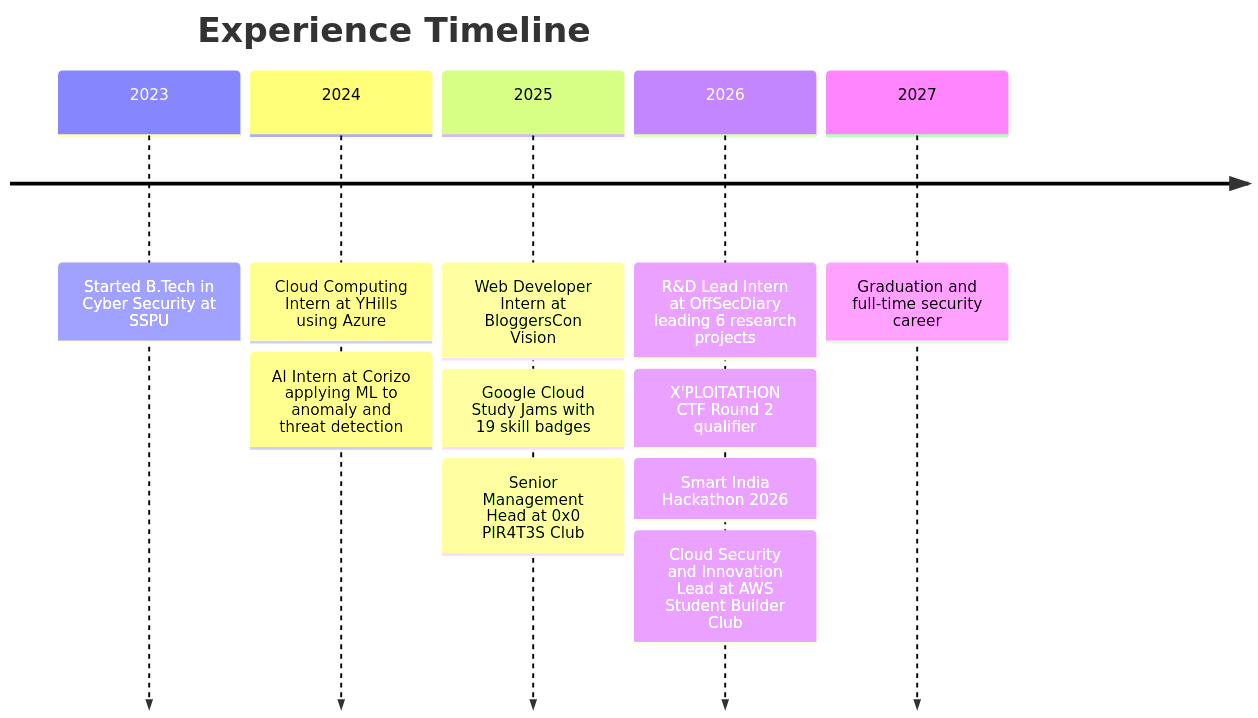
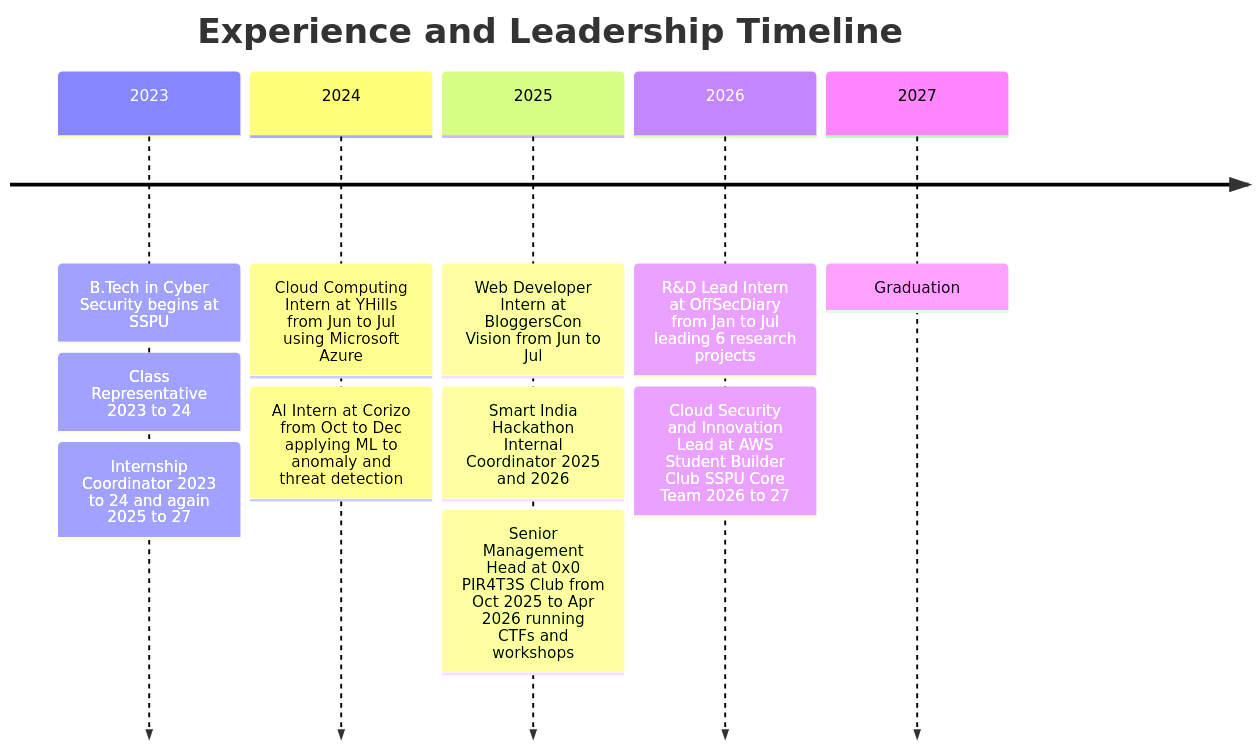
Before and after one commit to RS3921/RS3921: the tenth of 12 diagrams in README.md, drawn with Mermaid. The commit also changed other lines of this file, not shown here.

````diff
--- a/README.md
+++ b/README.md
@@ -347,15 +371,15 @@
 ```mermaid
 timeline
-    title Experience Timeline
-    2023 : Started B.Tech in Cyber Security at SSPU
-    2024 : Cloud Computing Intern at YHills using Azure
-         : AI Intern at Corizo applying ML to anomaly and threat detection
-    2025 : Web Developer Intern at BloggersCon Vision
-         : Google Cloud Study Jams with 19 skill badges
-         : Senior Management Head at 0x0 PIR4T3S Club
-    2026 : R&D Lead Intern at OffSecDiary leading 6 research projects
-         : X'PLOITATHON CTF Round 2 qualifier
-         : Smart India Hackathon 2026
-         : Cloud Security and Innovation Lead at AWS Student Builder Club
-    2027 : Graduation and full-time security career
+    title Experience and Leadership Timeline
+    2023 : B.Tech in Cyber Security begins at SSPU
+         : Class Representative 2023 to 24
+         : Internship Coordinator 2023 to 24 and again 2025 to 27
+    2024 : Cloud Computing Intern at YHills from Jun to Jul using Microsoft Azure
+         : AI Intern at Corizo from Oct to Dec applying ML to anomaly and threat detection
+    2025 : Web Developer Intern at BloggersCon Vision from Jun to Jul
+         : Smart India Hackathon Internal Coordinator 2025 and 2026
+         : Senior Management Head at 0x0 PIR4T3S Club from Oct 2025 to Apr 2026 running CTFs and workshops
+    2026 : R&D Lead Intern at OffSecDiary from Jan to Jul leading 6 research projects
+         : Cloud Security and Innovation Lead at AWS Student Builder Club SSPU Core Team 2026 to 27
+    2027 : Graduation
 ```
````
